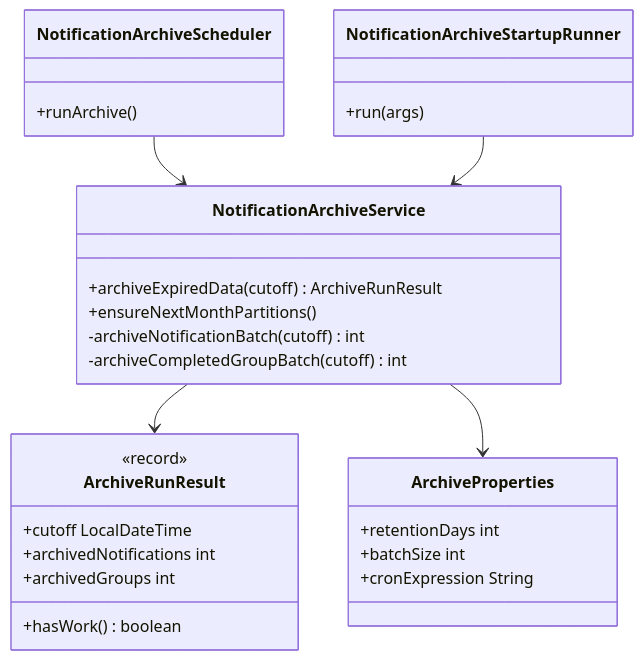
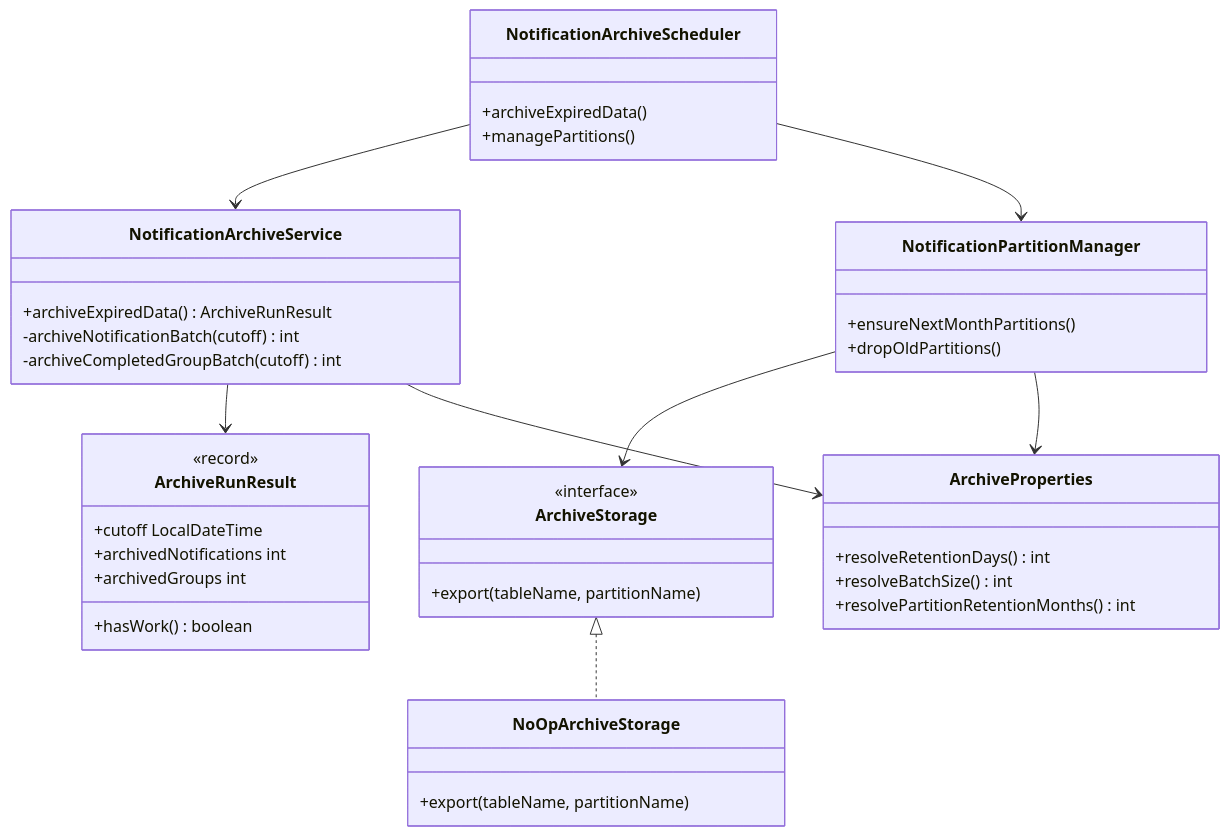
One commit to yht0827/notification-dispatcher changed the fifth of 5 diagrams in docs/03-class-diagrams.md. Above: the diagram before and after it, drawn with Mermaid. The commit also changed other lines of this file and 3 other files, not shown here.

Commit message:
chore: 알림 아카이빙 및 파티션 관리 로직 수정, Scheduler와 PartitionManager 리팩토링, 관련 문서 업데이트

````diff
--- a/docs/03-class-diagrams.md
+++ b/docs/03-class-diagrams.md
@@ -310,36 +309,52 @@
 ```mermaid
 classDiagram
     class NotificationArchiveScheduler {
-      +runArchive()
-    }
-
-    class NotificationArchiveStartupRunner {
-      +run(args)
+      +archiveExpiredData()
+      +managePartitions()
     }
 
     class NotificationArchiveService {
-      +archiveExpiredData(cutoff) ArchiveRunResult
-      +ensureNextMonthPartitions()
+      +archiveExpiredData() ArchiveRunResult
       -archiveNotificationBatch(cutoff) int
       -archiveCompletedGroupBatch(cutoff) int
+    }
+
+    class NotificationPartitionManager {
+      +ensureNextMonthPartitions()
+      +dropOldPartitions()
+    }
+
+    class ArchiveStorage {
+      <<interface>>
+      +export(tableName, partitionName)
+    }
+
+    class NoOpArchiveStorage {
+      +export(tableName, partitionName)
     }
 
     class ArchiveRunResult {
       <<record>>
       +cutoff LocalDateTime
       +archivedNotifications int
       +archivedGroups int
       +hasWork() boolean
     }
 
     class ArchiveProperties {
-      +retentionDays int
-      +batchSize int
-      +cronExpression String
+      +resolveRetentionDays() int
+      +resolveBatchSize() int
+      +resolvePartitionRetentionMonths() int
     }
 
     NotificationArchiveScheduler --> NotificationArchiveService
-    NotificationArchiveStartupRunner --> NotificationArchiveService
+    NotificationArchiveScheduler --> NotificationPartitionManager
+
     NotificationArchiveService --> ArchiveRunResult
     NotificationArchiveService --> ArchiveProperties
+
+    NotificationPartitionManager --> ArchiveStorage
+    NotificationPartitionManager --> ArchiveProperties
+
+    ArchiveStorage <|.. NoOpArchiveStorage
 ```
````
